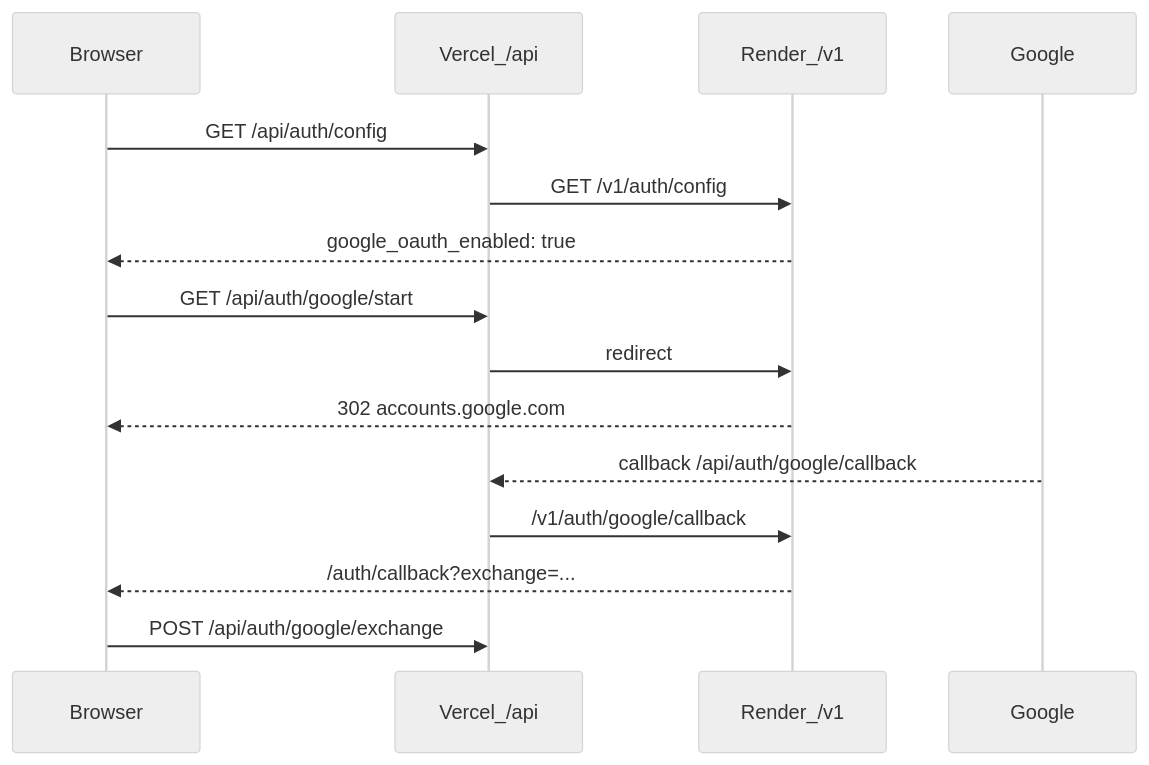
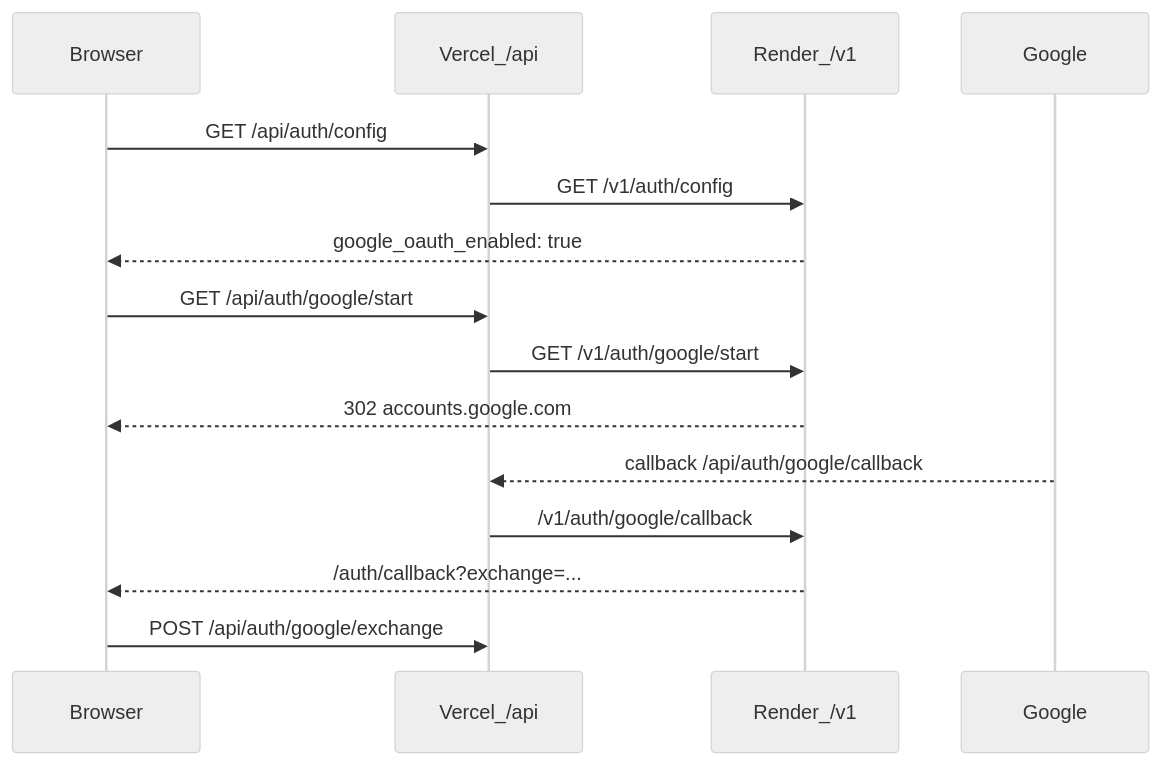
The diagram in nexus-cloud-server/docs/GOOGLE_AUTH.md (dabstebplay2-jpg/Nexus), drawn with Mermaid (neutral theme) before and after one commit. The commit also changed other lines of this file and 9 other files, not shown here.

````diff
--- a/nexus-cloud-server/docs/GOOGLE_AUTH.md
+++ b/nexus-cloud-server/docs/GOOGLE_AUTH.md
@@ -9,19 +9,19 @@
 ```mermaid
 sequenceDiagram
   participant Browser
   participant Vercel as Vercel_/api
   participant Render as Render_/v1
   participant Google
 
   Browser->>Vercel: GET /api/auth/config
   Vercel->>Render: GET /v1/auth/config
   Render-->>Browser: google_oauth_enabled: true
 
   Browser->>Vercel: GET /api/auth/google/start
-  Vercel->>Render: redirect
+  Vercel->>Render: GET /v1/auth/google/start
   Render-->>Browser: 302 accounts.google.com
   Google-->>Vercel: callback /api/auth/google/callback
   Vercel->>Render: /v1/auth/google/callback
   Render-->>Browser: /auth/callback?exchange=...
   Browser->>Vercel: POST /api/auth/google/exchange
 ```
````
